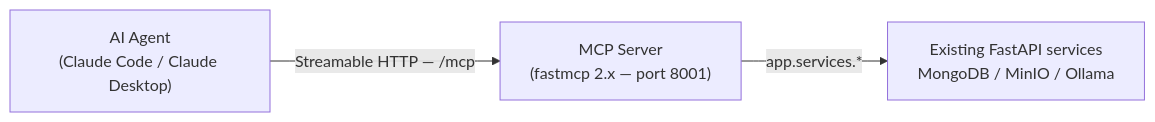
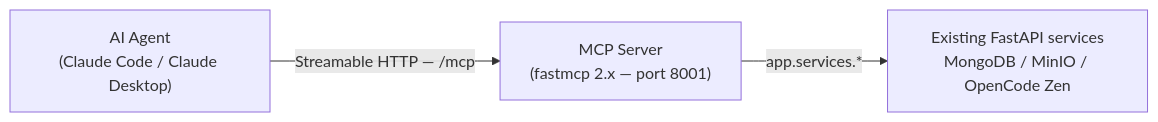
Before and after one commit to sss63232/chat: the diagram in fastapi_backend/mcp_server/README.md, drawn with Mermaid. The commit also changed other lines of this file and 17 other files, not shown here.

Commit message:
feat: migrate from Ollama to OpenCode Zen as LLM provider and update related configurations

````diff
--- a/fastapi_backend/mcp_server/README.md
+++ b/fastapi_backend/mcp_server/README.md
@@ -10,9 +10,9 @@
 ```mermaid
 graph LR
     A["AI Agent<br/>(Claude Code / Claude Desktop)"]
     B["MCP Server<br/>(fastmcp 2.x — port 8001)"]
-    C["Existing FastAPI services<br/>MongoDB / MinIO / Ollama"]
+    C["Existing FastAPI services<br/>MongoDB / MinIO / OpenCode Zen"]
 
     A -- "Streamable HTTP — /mcp" --> B
     B -- "app.services.*" --> C
 ```
````
